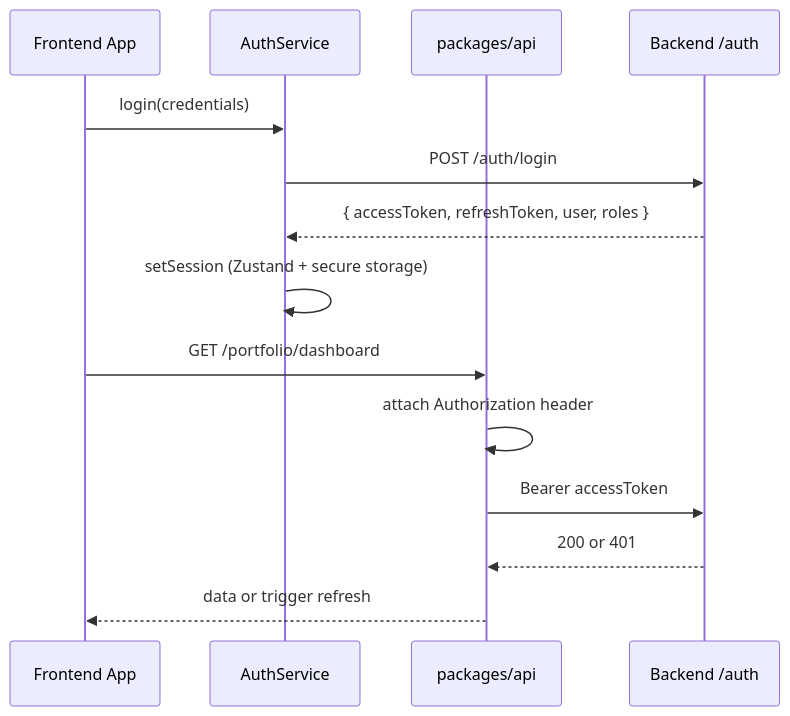
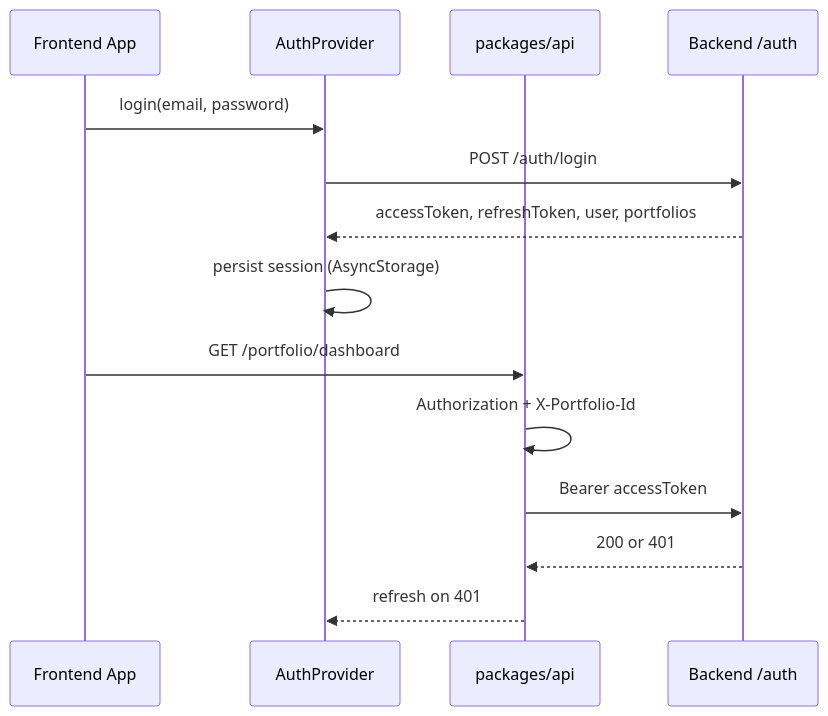
One commit to KalyanCB/pi-pm changed the diagram in docs/frontend/AUTHENTICATION_PREPARATION.md. Above: the diagram before and after it, drawn with Mermaid. The commit also changed other lines of this file and 367 other files, not shown here.

````diff
--- a/docs/frontend/AUTHENTICATION_PREPARATION.md
+++ b/docs/frontend/AUTHENTICATION_PREPARATION.md
@@ -40,17 +29,17 @@
 ```mermaid
 sequenceDiagram
     participant App as Frontend App
-    participant Auth as AuthService
+    participant Auth as AuthProvider
     participant API as packages/api
     participant BE as Backend /auth
 
-    App->>Auth: login(credentials)
+    App->>Auth: login(email, password)
     Auth->>BE: POST /auth/login
-    BE-->>Auth: { accessToken, refreshToken, user, roles }
-    Auth->>Auth: setSession (Zustand + secure storage)
+    BE-->>Auth: accessToken, refreshToken, user, portfolios
+    Auth->>Auth: persist session (AsyncStorage)
     App->>API: GET /portfolio/dashboard
-    API->>API: attach Authorization header
+    API->>API: Authorization + X-Portfolio-Id
     API->>BE: Bearer accessToken
     BE-->>API: 200 or 401
-    API-->>App: data or trigger refresh
+    API-->>Auth: refresh on 401
 ```
````
